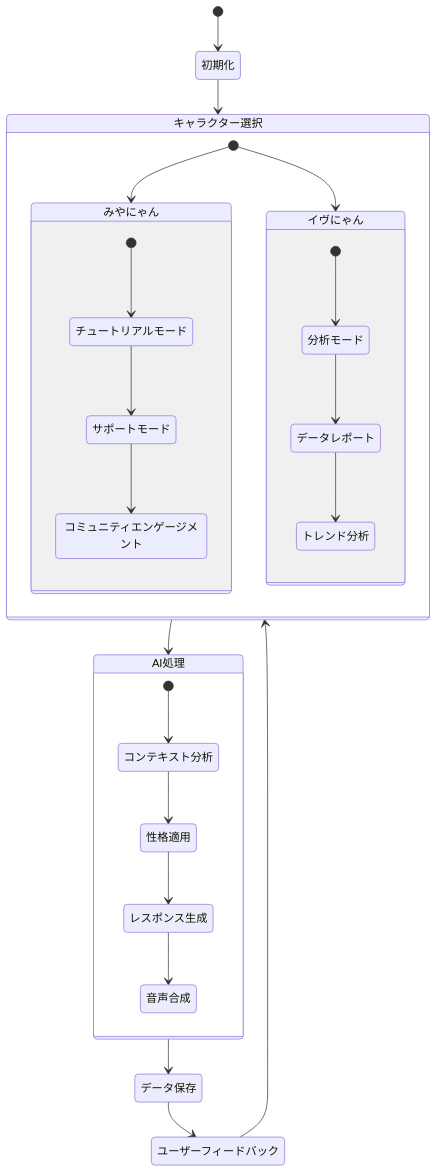
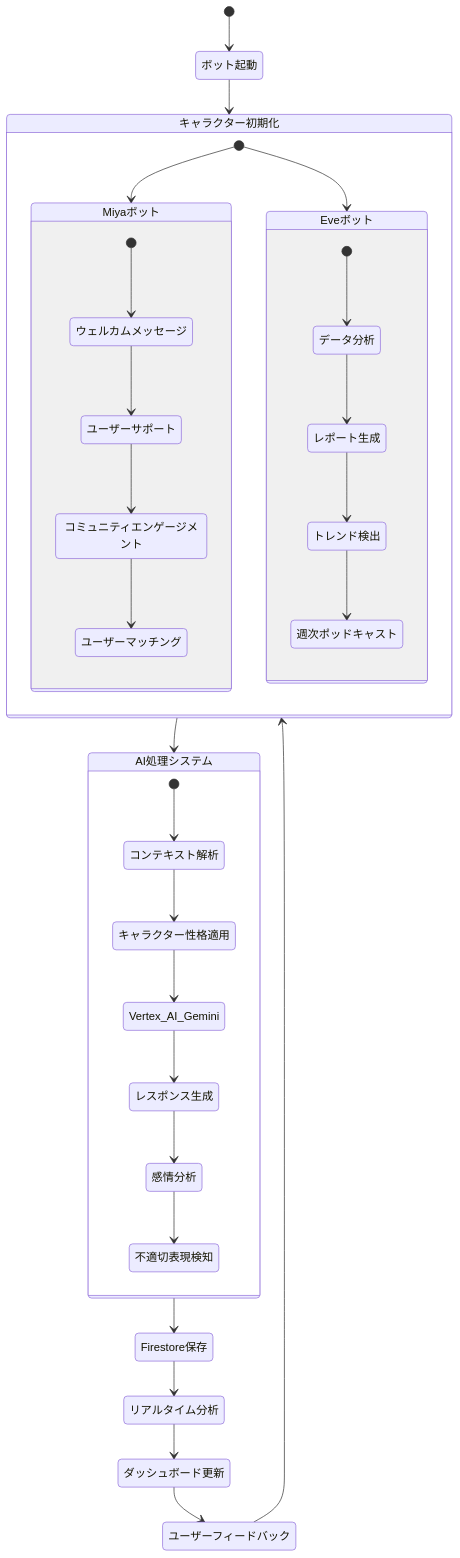
The sixth of 7 diagrams in system_structure.md (kozyszoo/commupro-guild), drawn with Mermaid before and after one commit. The commit also changed other lines of this file, not shown here.

````diff
--- a/system_structure.md
+++ b/system_structure.md
@@ -326,35 +456,41 @@
 ```mermaid
 stateDiagram-v2
-    [*] --> 初期化
-    初期化 --> キャラクター選択
+    [*] --> ボット起動
+    ボット起動 --> キャラクター初期化
     
-    state キャラクター選択 {
-        [*] --> みやにゃん
-        [*] --> イヴにゃん
+    state キャラクター初期化 {
+        [*] --> Miyaボット
+        [*] --> Eveボット
         
-        state みやにゃん {
-            [*] --> チュートリアルモード
-            チュートリアルモード --> サポートモード
-            サポートモード --> コミュニティエンゲージメント
+        state Miyaボット {
+            [*] --> ウェルカムメッセージ
+            ウェルカムメッセージ --> ユーザーサポート
+            ユーザーサポート --> コミュニティエンゲージメント
+            コミュニティエンゲージメント --> ユーザーマッチング
         }
         
-        state イヴにゃん {
-            [*] --> 分析モード
-            分析モード --> データレポート
-            データレポート --> トレンド分析
+        state Eveボット {
+            [*] --> データ分析
+            データ分析 --> レポート生成
+            レポート生成 --> トレンド検出
+            トレンド検出 --> 週次ポッドキャスト
         }
     }
     
-    キャラクター選択 --> AI処理
+    キャラクター初期化 --> AI処理システム
     
-    state AI処理 {
-        [*] --> コンテキスト分析
-        コンテキスト分析 --> 性格適用
-        性格適用 --> レスポンス生成
-        レスポンス生成 --> 音声合成
+    state AI処理システム {
+        [*] --> コンテキスト解析
+        コンテキスト解析 --> キャラクター性格適用
+        キャラクター性格適用 --> Vertex_AI_Gemini
+        Vertex_AI_Gemini --> レスポンス生成
+        レスポンス生成 --> 感情分析
+        感情分析 --> 不適切表現検知
     }
     
-    AI処理 --> データ保存
-    データ保存 --> ユーザーフィードバック
-    ユーザーフィードバック --> キャラクター選択
+    AI処理システム --> Firestore保存
+    Firestore保存 --> リアルタイム分析
+    リアルタイム分析 --> ダッシュボード更新
+    ダッシュボード更新 --> ユーザーフィードバック
+    ユーザーフィードバック --> キャラクター初期化
 ```
````
